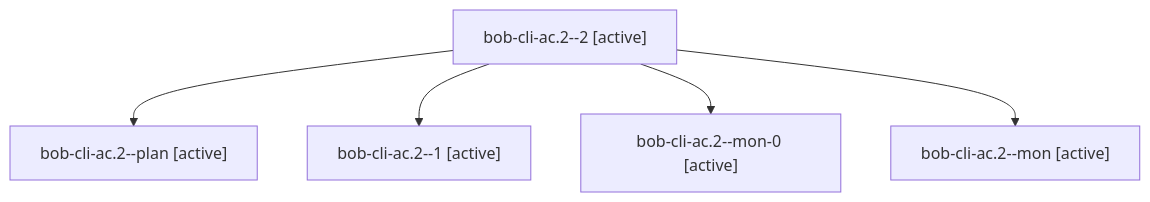
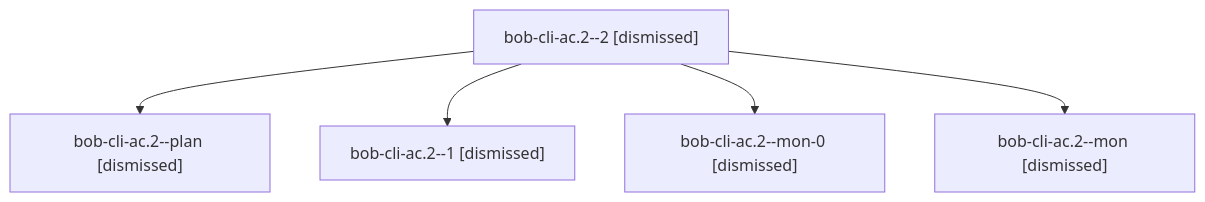
The diagram in sessions/bbugyi200.apollo.bob-cli-ac.2.md (bobs-org/bob-cli--agents), drawn with Mermaid before and after one commit. The commit also changed other lines of this file and 225 other files, not shown here.

````diff
--- a/sessions/bbugyi200.apollo.bob-cli-ac.2.md
+++ b/sessions/bbugyi200.apollo.bob-cli-ac.2.md
@@ -9,12 +9,12 @@
 ```mermaid
 flowchart TD
-  n0["bob-cli-ac.2--2 [active]"]
-  n1["bob-cli-ac.2--plan [active]"]
+  n0["bob-cli-ac.2--2 [dismissed]"]
+  n1["bob-cli-ac.2--plan [dismissed]"]
   n0 --> n1
-  n2["bob-cli-ac.2--1 [active]"]
+  n2["bob-cli-ac.2--1 [dismissed]"]
   n0 --> n2
-  n3["bob-cli-ac.2--mon-0 [active]"]
+  n3["bob-cli-ac.2--mon-0 [dismissed]"]
   n0 --> n3
-  n4["bob-cli-ac.2--mon [active]"]
+  n4["bob-cli-ac.2--mon [dismissed]"]
   n0 --> n4
 ```
````
